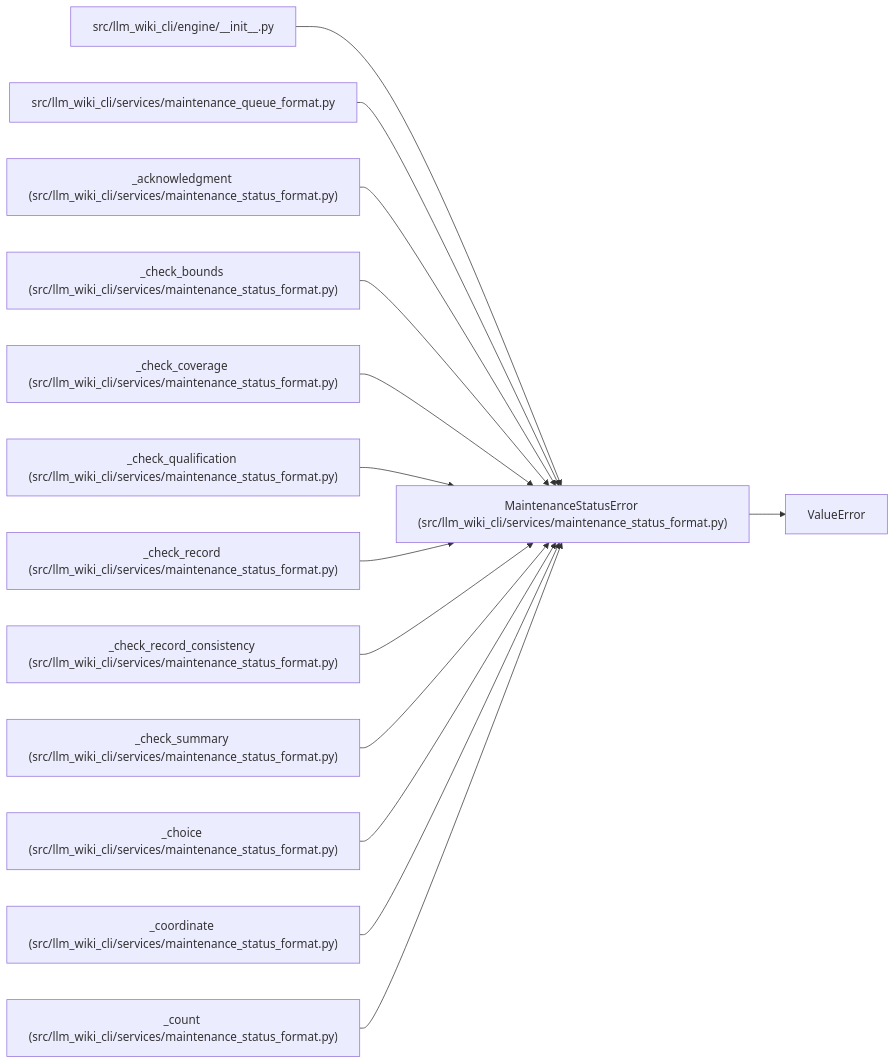
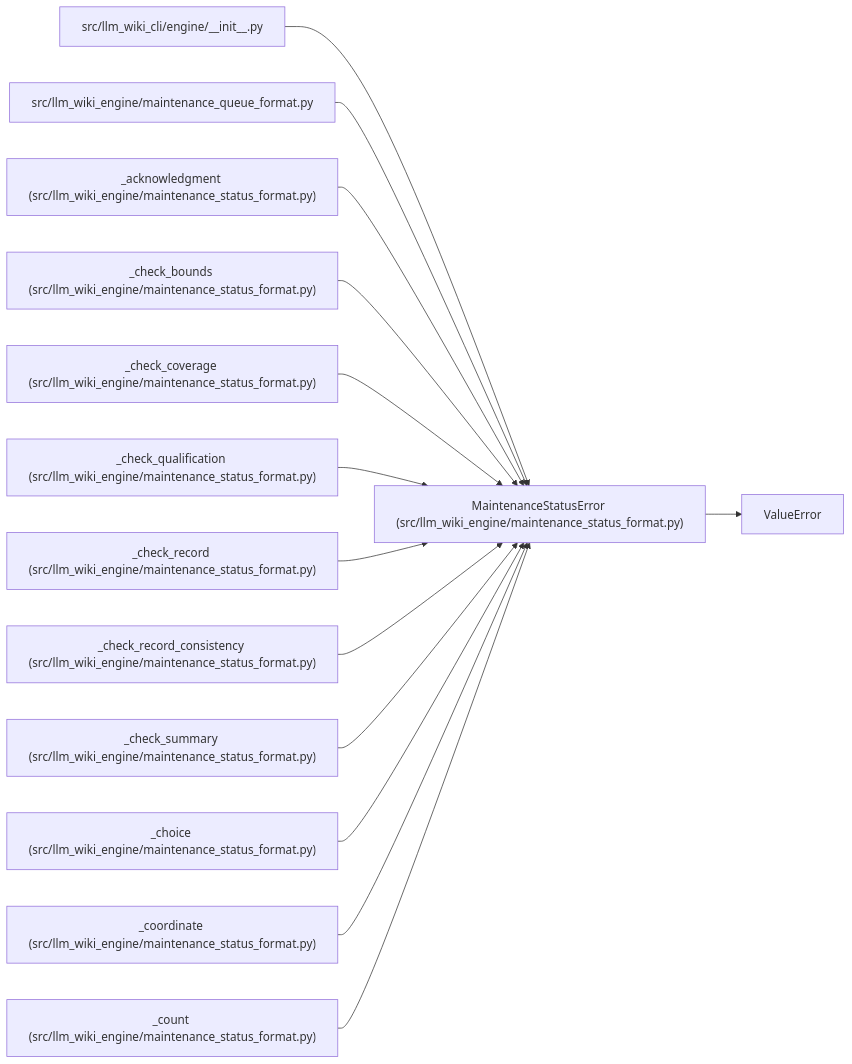
The diagram in docs/llm_wiki/entities/MaintenanceStatusError.md (Denissvgn/python-wiki-llm), drawn with Mermaid before and after one commit. The commit also changed other lines of this file and 1103 other files, not shown here.

First line of the commit message:
docs: refresh the wiki for the llm-wiki-engine distribution

````diff
--- a/docs/llm_wiki/entities/MaintenanceStatusError.md
+++ b/docs/llm_wiki/entities/MaintenanceStatusError.md
@@ -23,43 +23,43 @@
 ```mermaid
 flowchart LR
-    n0["MaintenanceStatusError (src/llm_wiki_cli/services/maintenance_status_format.py)"]
+    n0["MaintenanceStatusError (src/llm_wiki_engine/maintenance_status_format.py)"]
     n1["ValueError"]
     n2["src/llm_wiki_cli/engine/__init__.py"]
-    n3["src/llm_wiki_cli/services/maintenance_queue_format.py"]
-    n4["_acknowledgment (src/llm_wiki_cli/services/maintenance_status_format.py)"]
-    n5["_check_bounds (src/llm_wiki_cli/services/maintenance_status_format.py)"]
-    n6["_check_coverage (src/llm_wiki_cli/services/maintenance_status_format.py)"]
-    n7["_check_qualification (src/llm_wiki_cli/services/maintenance_status_format.py)"]
-    n8["_check_record (src/llm_wiki_cli/services/maintenance_status_format.py)"]
-    n9["_check_record_consistency (src/llm_wiki_cli/services/maintenance_status_format.py)"]
-    n10["_check_summary (src/llm_wiki_cli/services/maintenance_status_format.py)"]
-    n11["_choice (src/llm_wiki_cli/services/maintenance_status_format.py)"]
-    n12["_coordinate (src/llm_wiki_cli/services/maintenance_status_format.py)"]
-    n13["_count (src/llm_wiki_cli/services/maintenance_status_format.py)"]
+    n3["src/llm_wiki_engine/maintenance_queue_format.py"]
+    n4["_acknowledgment (src/llm_wiki_engine/maintenance_status_format.py)"]
+    n5["_check_bounds (src/llm_wiki_engine/maintenance_status_format.py)"]
+    n6["_check_coverage (src/llm_wiki_engine/maintenance_status_format.py)"]
+    n7["_check_qualification (src/llm_wiki_engine/maintenance_status_format.py)"]
+    n8["_check_record (src/llm_wiki_engine/maintenance_status_format.py)"]
+    n9["_check_record_consistency (src/llm_wiki_engine/maintenance_status_format.py)"]
+    n10["_check_summary (src/llm_wiki_engine/maintenance_status_format.py)"]
+    n11["_choice (src/llm_wiki_engine/maintenance_status_format.py)"]
+    n12["_coordinate (src/llm_wiki_engine/maintenance_status_format.py)"]
+    n13["_count (src/llm_wiki_engine/maintenance_status_format.py)"]
     n0 --> n1
     n2 --> n0
     n3 --> n0
     n4 --> n0
     n5 --> n0
     n6 --> n0
     n7 --> n0
     n8 --> n0
     n9 --> n0
     n10 --> n0
     n11 --> n0
     n12 --> n0
     n13 --> n0
     click n0 "../modules/maintenance_status_format.md"
     click n2 "../modules/engine___init__.md"
     click n3 "../modules/maintenance_queue_format.md"
     click n4 "../modules/maintenance_status_format.md"
     click n5 "../modules/maintenance_status_format.md"
     click n6 "../modules/maintenance_status_format.md"
     click n7 "../modules/maintenance_status_format.md"
     click n8 "../modules/maintenance_status_format.md"
     click n9 "../modules/maintenance_status_format.md"
     click n10 "../modules/maintenance_status_format.md"
     click n11 "../modules/maintenance_status_format.md"
     click n12 "../modules/maintenance_status_format.md"
     click n13 "../modules/maintenance_status_format.md"
 ```
````
